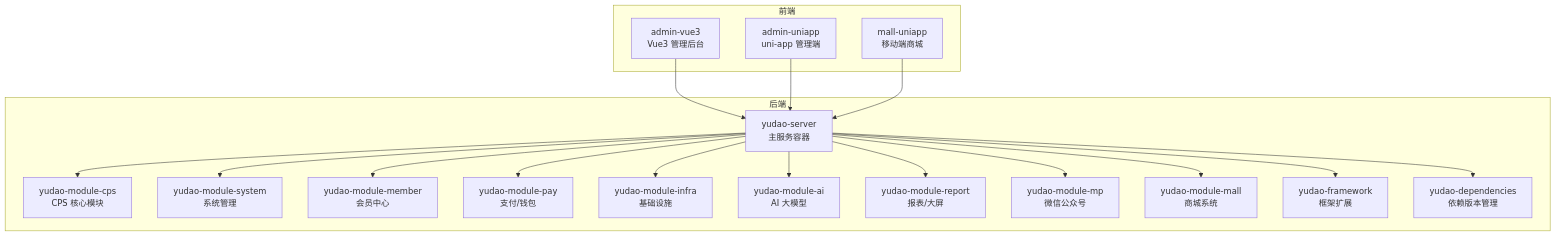
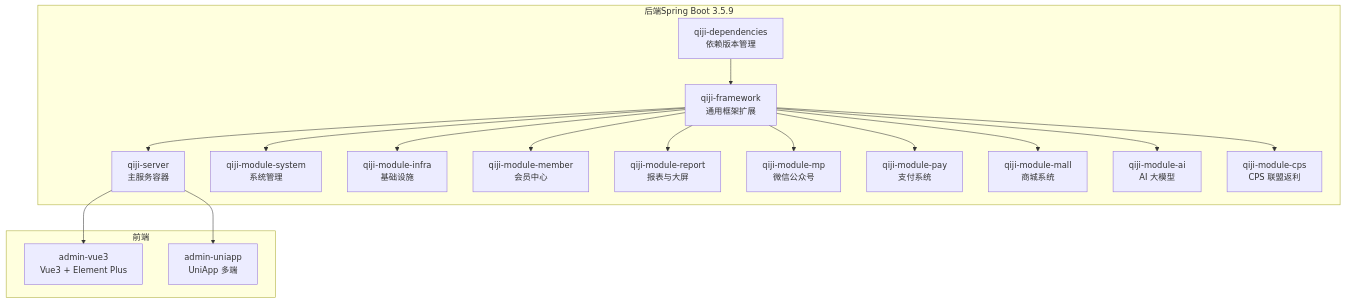
Before and after one commit to zhuangpengLI/AgenticCPS: the first of 6 diagrams in .qoder/repowiki/zh/content/项目概述/项目概述.md, drawn with Mermaid. The commit also changed other lines of this file and 355 other files, not shown here.

````diff
--- a/.qoder/repowiki/zh/content/项目概述/项目概述.md
+++ b/.qoder/repowiki/zh/content/项目概述/项目概述.md
@@ -49,36 +45,33 @@
 ```mermaid
 graph TB
-subgraph "后端"
-Server["yudao-server<br/>主服务容器"]
-CPS["yudao-module-cps<br/>CPS 核心模块"]
-System["yudao-module-system<br/>系统管理"]
-Member["yudao-module-member<br/>会员中心"]
-Pay["yudao-module-pay<br/>支付/钱包"]
-Infra["yudao-module-infra<br/>基础设施"]
-AI["yudao-module-ai<br/>AI 大模型"]
-Report["yudao-module-report<br/>报表/大屏"]
-MP["yudao-module-mp<br/>微信公众号"]
-Mall["yudao-module-mall<br/>商城系统"]
-Framework["yudao-framework<br/>框架扩展"]
-Deps["yudao-dependencies<br/>依赖版本管理"]
+subgraph "后端Spring Boot 3.5.9"
+S["qiji-server<br/>主服务容器"]
+F["qiji-framework<br/>通用框架扩展"]
+D["qiji-dependencies<br/>依赖版本管理"]
+M_SYS["qiji-module-system<br/>系统管理"]
+M_INFRA["qiji-module-infra<br/>基础设施"]
+M_MEMBER["qiji-module-member<br/>会员中心"]
+M_REPORT["qiji-module-report<br/>报表与大屏"]
+M_MP["qiji-module-mp<br/>微信公众号"]
+M_PAY["qiji-module-pay<br/>支付系统"]
+M_MALL["qiji-module-mall<br/>商城系统"]
+M_AI["qiji-module-ai<br/>AI 大模型"]
+M_CPS["qiji-module-cps<br/>CPS 联盟返利"]
 end
 subgraph "前端"
-AdminVue3["admin-vue3<br/>Vue3 管理后台"]
-AdminUni["admin-uniapp<br/>uni-app 管理端"]
-MallUni["mall-uniapp<br/>移动端商城"]
+FE_VUE["admin-vue3<br/>Vue3 + Element Plus"]
+FE_UNI["admin-uniapp<br/>UniApp 多端"]
 end
-Server --> CPS
-Server --> System
-Server --> Member
-Server --> Pay
-Server --> Infra
-Server --> AI
-Server --> Report
-Server --> MP
-Server --> Mall
-Server --> Framework
-Server --> Deps
-AdminVue3 --> Server
-AdminUni --> Server
-MallUni --> Server
+D --> F --> S
+F --> M_SYS
+F --> M_INFRA
+F --> M_MEMBER
+F --> M_REPORT
+F --> M_MP
+F --> M_PAY
+F --> M_MALL
+F --> M_AI
+F --> M_CPS
+S --> FE_VUE
+S --> FE_UNI
 ```
````
